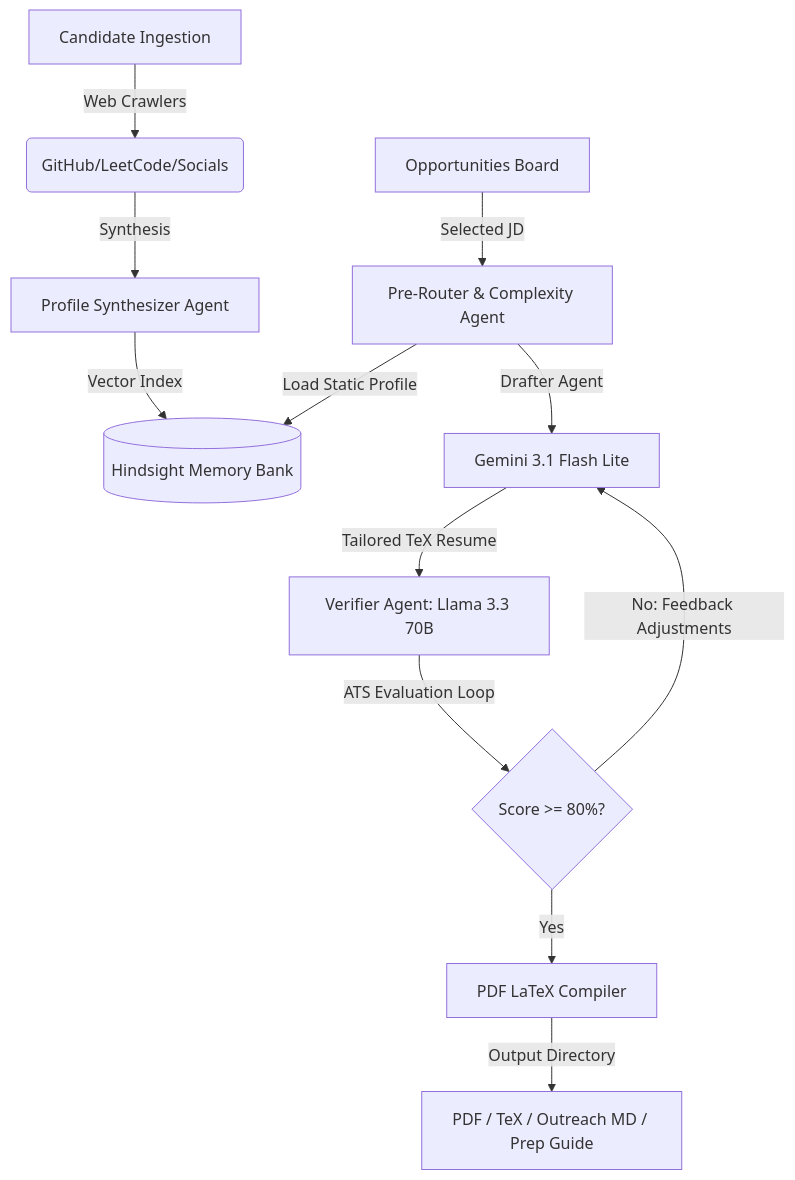
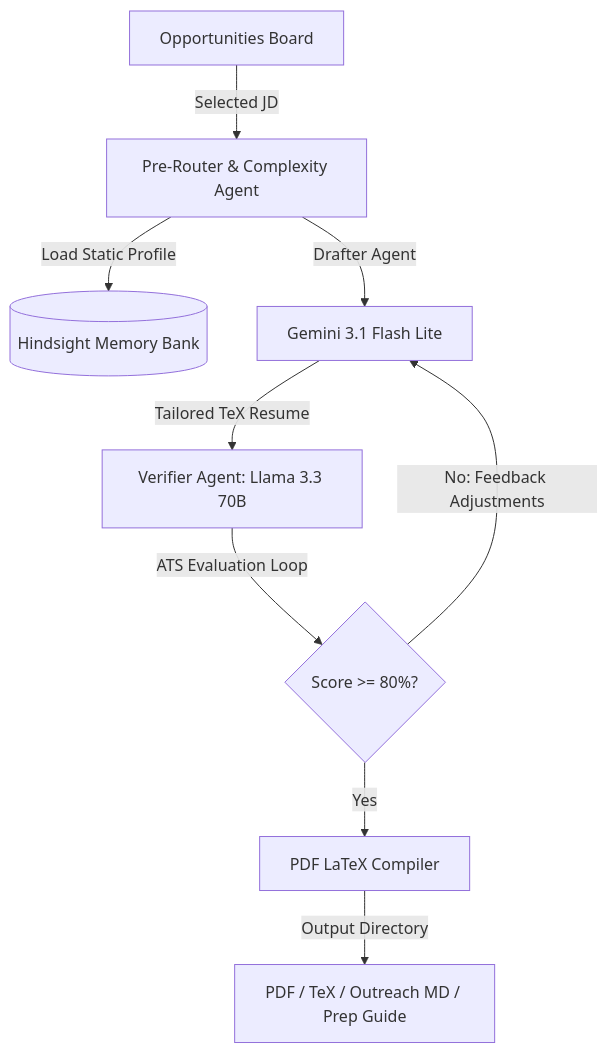
The second of 2 diagrams in README.md (karthikeya3342/careerOS), drawn with Mermaid before and after one commit. The commit also changed other lines of this file, not shown here.

Commit message:
docs: update README with job scraping architecture and 8 am workflow details

````diff
--- a/README.md
+++ b/README.md
@@ -13,18 +33,14 @@
 ```mermaid
 graph TD
-    A[Candidate Ingestion] -->|Web Crawlers| B(GitHub/LeetCode/Socials)
-    B -->|Synthesis| C[Profile Synthesizer Agent]
-    C -->|Vector Index| D[(Hindsight Memory Bank)]
-    
     E[Opportunities Board] -->|Selected JD| F[Pre-Router & Complexity Agent]
-    F -->|Load Static Profile| D
+    F -->|Load Static Profile| D[(Hindsight Memory Bank)]
     
     F -->|Drafter Agent| G[Gemini 3.1 Flash Lite]
     G -->|Tailored TeX Resume| H[Verifier Agent: Llama 3.3 70B]
     
     H -->|ATS Evaluation Loop| I{Score >= 80%?}
     I -->|No: Feedback Adjustments| G
     I -->|Yes| J[PDF LaTeX Compiler]
     
     J -->|Output Directory| K[PDF / TeX / Outreach MD / Prep Guide]
 ```
````
